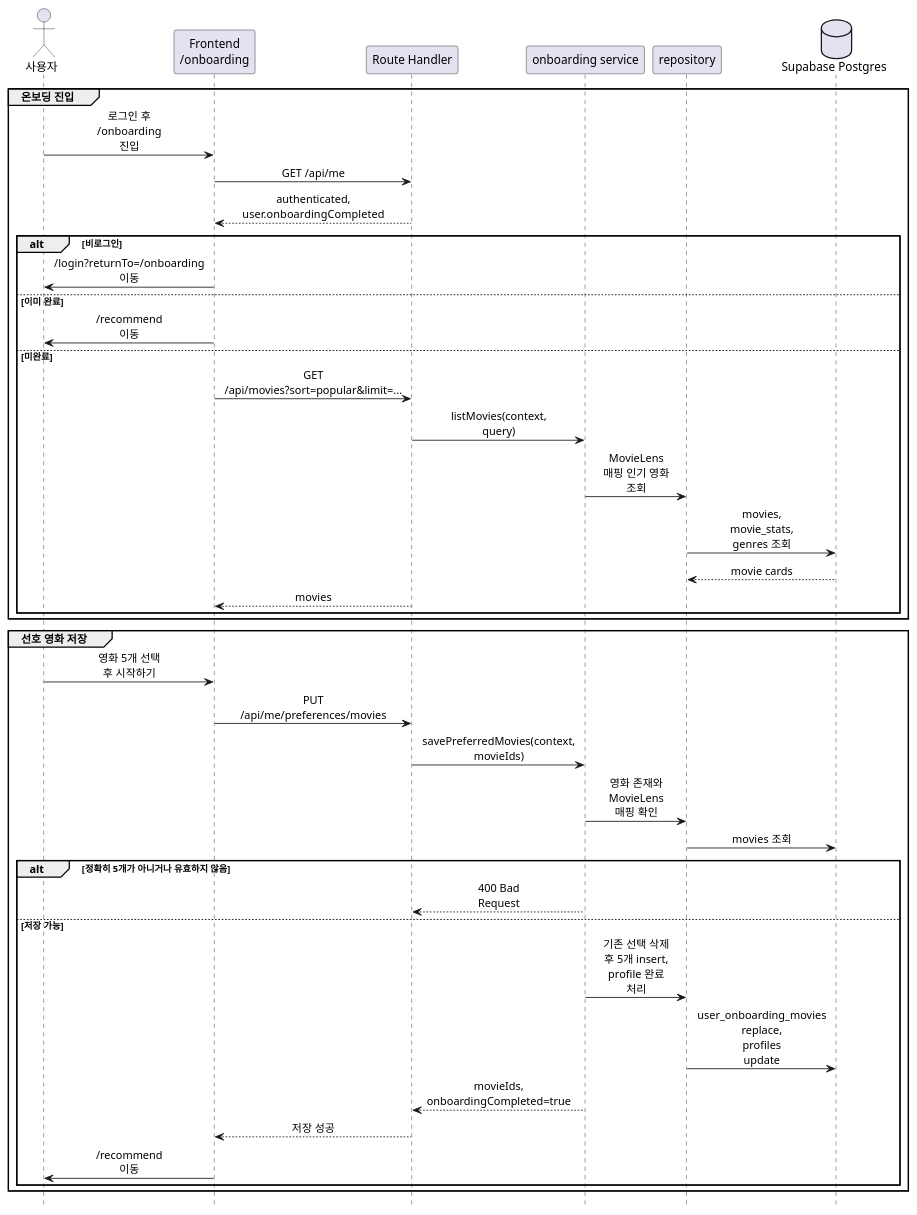
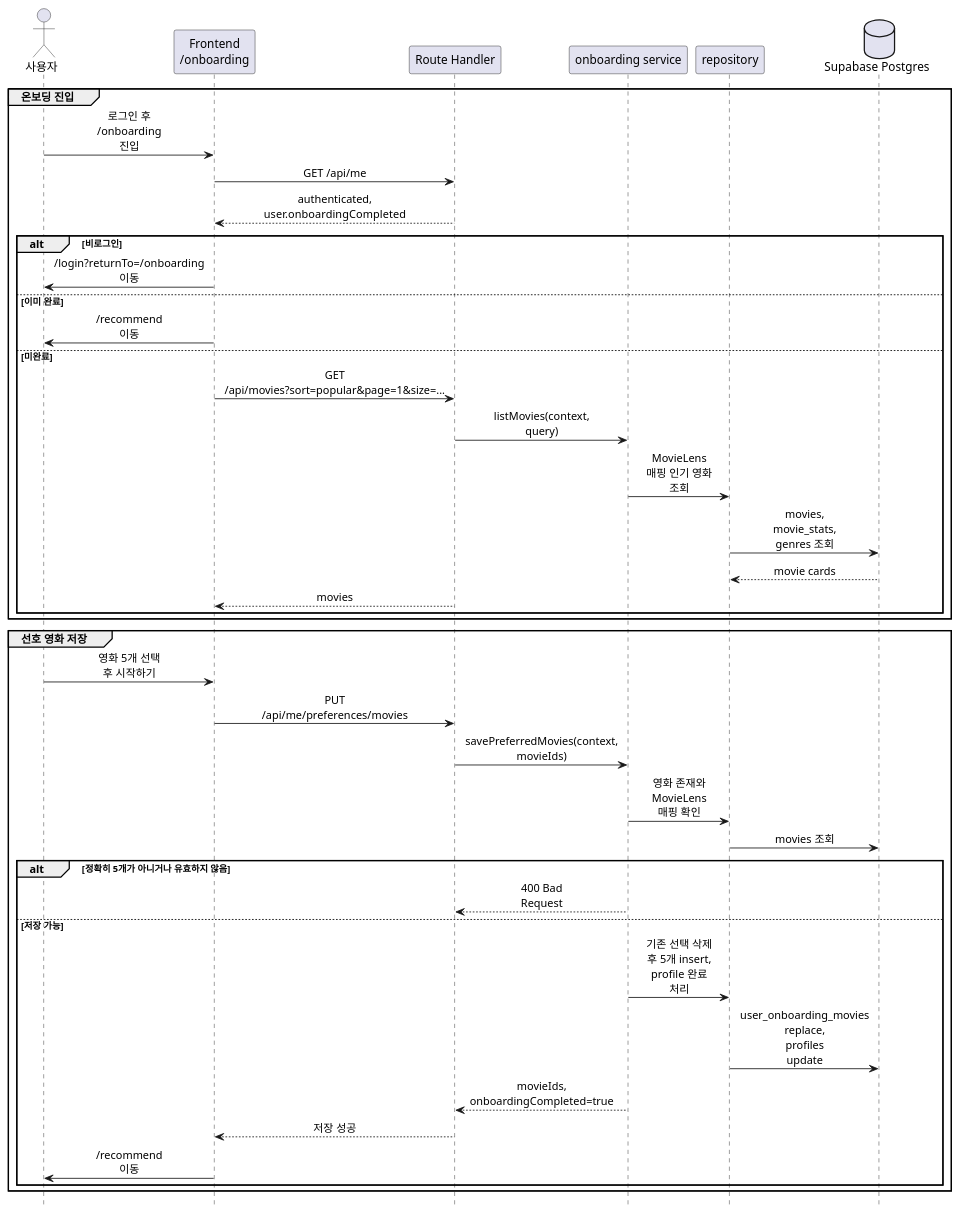
The diagram in docs/implementation-plan/5.onboarding-preferred-movies-implementation-plan.md (skkuse/2026spring_41class_team2), drawn with PlantUML before and after one commit. The commit also changed other lines of this file and 5 other files, not shown here.

````diff
--- a/docs/implementation-plan/5.onboarding-preferred-movies-implementation-plan.md
+++ b/docs/implementation-plan/5.onboarding-preferred-movies-implementation-plan.md
@@ -47,49 +47,49 @@
 ```plantuml
 @startuml
 hide footbox
 skinparam sequenceMessageAlign center
 skinparam maxMessageSize 80
 
 actor "사용자" as User
 participant "Frontend\n/onboarding" as FE
 participant "Route Handler" as Route
 participant "onboarding service" as Service
 participant "repository" as Repo
 database "Supabase Postgres" as DB
 
 group 온보딩 진입
   User -> FE: 로그인 후 /onboarding 진입
   FE -> Route: GET /api/me
   Route --> FE: authenticated, user.onboardingCompleted
   alt 비로그인
     FE -> User: /login?returnTo=/onboarding 이동
   else 이미 완료
     FE -> User: /recommend 이동
   else 미완료
-    FE -> Route: GET /api/movies?sort=popular&limit=...
+    FE -> Route: GET /api/movies?sort=popular&page=1&size=...
     Route -> Service: listMovies(context, query)
     Service -> Repo: MovieLens 매핑 인기 영화 조회
     Repo -> DB: movies, movie_stats, genres 조회
     DB --> Repo: movie cards
     Route --> FE: movies
   end
 end
 
 group 선호 영화 저장
   User -> FE: 영화 5개 선택 후 시작하기
   FE -> Route: PUT /api/me/preferences/movies
   Route -> Service: savePreferredMovies(context, movieIds)
   Service -> Repo: 영화 존재와 MovieLens 매핑 확인
   Repo -> DB: movies 조회
   alt 정확히 5개가 아니거나 유효하지 않음
     Service --> Route: 400 Bad Request
   else 저장 가능
     Service -> Repo: 기존 선택 삭제 후 5개 insert, profile 완료 처리
     Repo -> DB: user_onboarding_movies replace, profiles update
     Service --> Route: movieIds, onboardingCompleted=true
     Route --> FE: 저장 성공
     FE -> User: /recommend 이동
   end
 end
 @enduml
 ```
````
